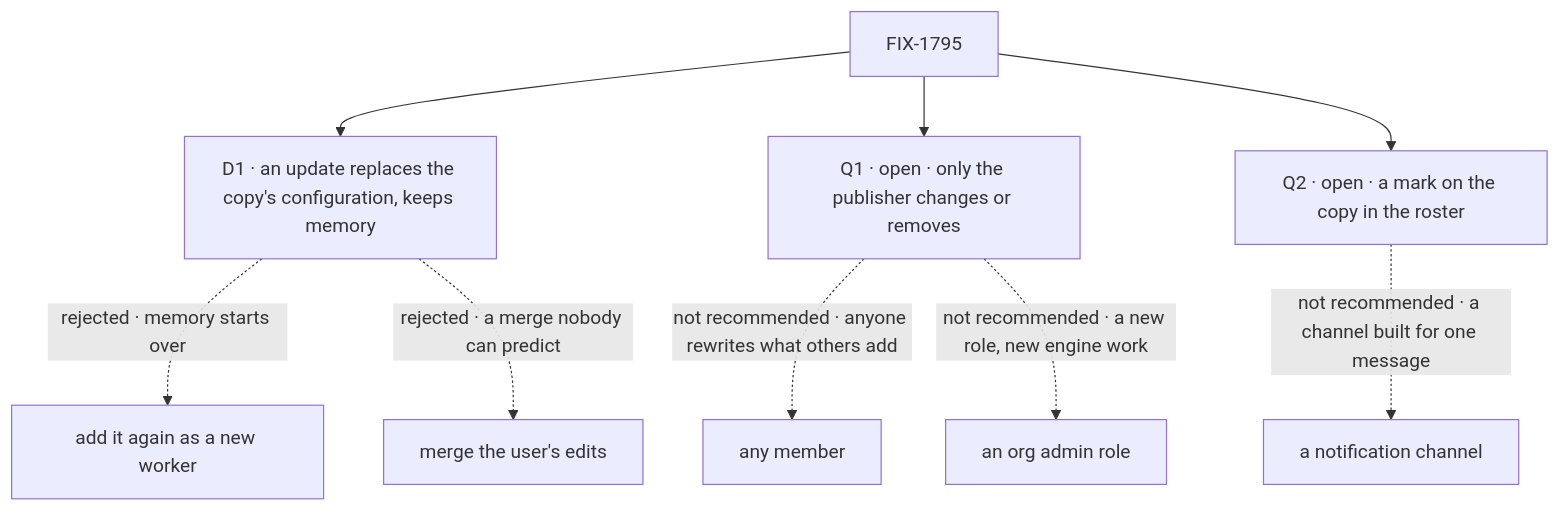
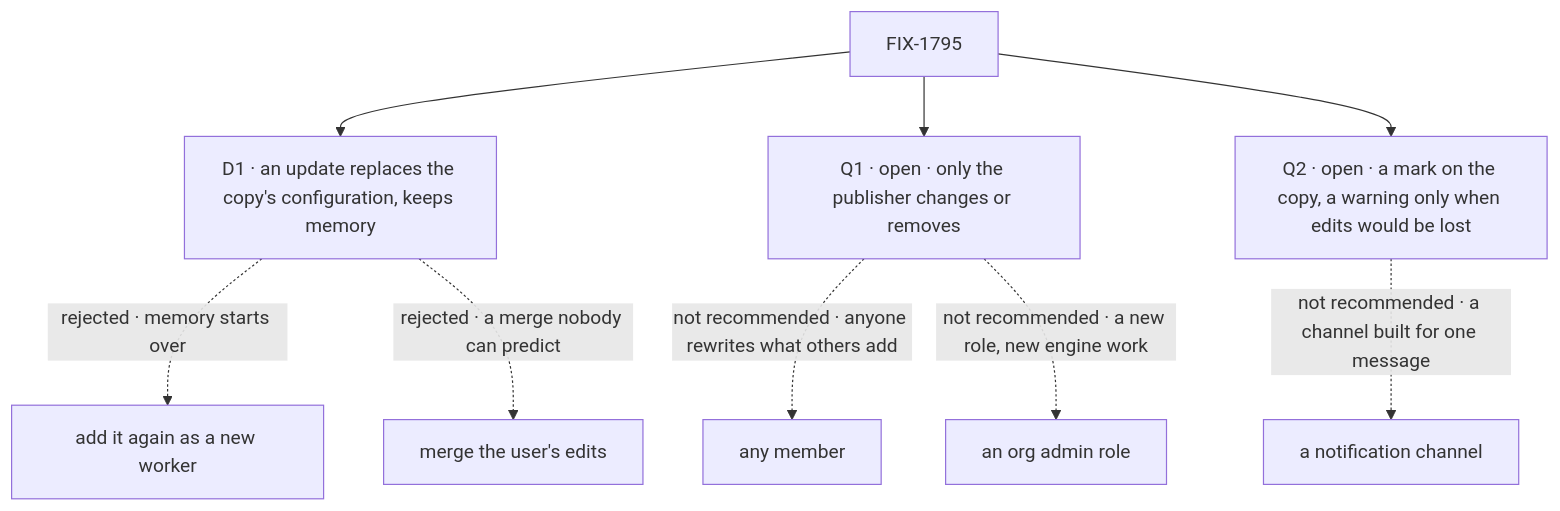
One commit to fixpoint-labs/flow-state-dev changed the diagram in specs/issues/FIX-1795/DECISIONS.md. Above: the diagram before and after it, drawn with Mermaid. The commit also changed other lines of this file and 4 other files, not shown here.

First line of the commit message:
spec(FIX-1795): fold review round 1 · a version keeps its flow, digest pinned, post-MVP

````diff
--- a/specs/issues/FIX-1795/DECISIONS.md
+++ b/specs/issues/FIX-1795/DECISIONS.md
@@ -13,11 +13,11 @@
 ```mermaid
 flowchart TD
   I["FIX-1795"] --> D1["D1 · an update replaces the copy's configuration, keeps memory"]
   D1 -.->|"rejected · memory starts over"| X1["add it again as a new worker"]
   D1 -.->|"rejected · a merge nobody can predict"| X1b["merge the user's edits"]
   I --> Q1["Q1 · open · only the publisher changes or removes"]
   Q1 -.->|"not recommended · anyone rewrites what others add"| X2["any member"]
   Q1 -.->|"not recommended · a new role, new engine work"| X2b["an org admin role"]
-  I --> Q2["Q2 · open · a mark on the copy in the roster"]
+  I --> Q2["Q2 · open · a mark on the copy, a warning only when edits would be lost"]
   Q2 -.->|"not recommended · a channel built for one message"| X3["a notification channel"]
 ```
````
